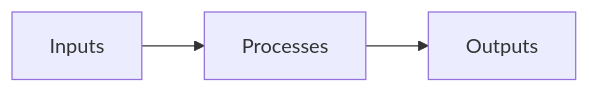
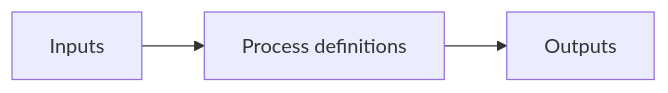
Before and after one commit to calkit/calkit: the diagram in docs/reproducibility.md, drawn with Mermaid. The commit also changed other lines of this file and 2 other files, not shown here.

````diff
--- a/docs/reproducibility.md
+++ b/docs/reproducibility.md
@@ -3,5 +3,5 @@
 ```mermaid
 graph LR
-    A[Inputs] --> B[Processes]
+    A[Inputs] --> B[Process definitions]
     B --> C[Outputs]
 ```
````
